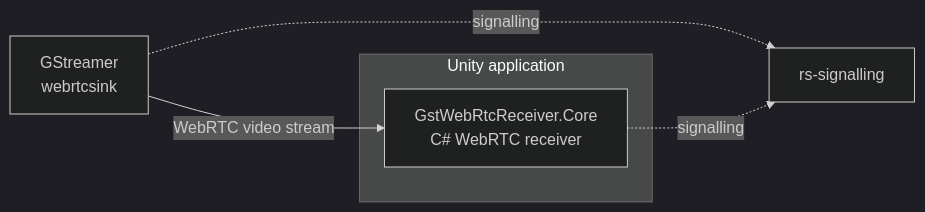
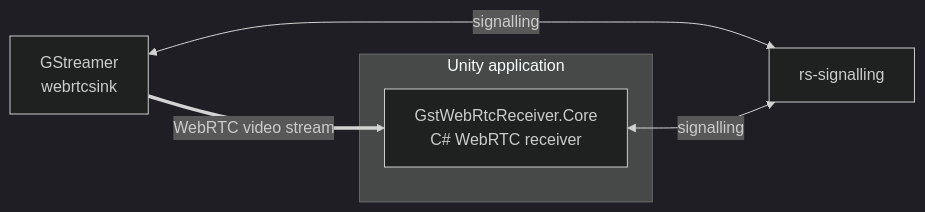
The diagram in README.md (acierra/gst-playground), drawn with Mermaid (dark theme) before and after one commit. The commit also changed other lines of this file, not shown here.

````diff
--- a/README.md
+++ b/README.md
@@ -29,14 +31,14 @@
 ```mermaid
 flowchart LR
     GST["GStreamer<br/>webrtcsink"]
     SIG["rs-signalling"]
 
     subgraph UNITY["Unity application"]
         CORE["GstWebRtcReceiver.Core<br/>C# WebRTC receiver"]
     end
 
-    GST -->|"WebRTC video stream"| CORE
+    GST ==>|"WebRTC video stream"| CORE
 
-    GST -. "signalling" .-> SIG
-    CORE -. "signalling" .-> SIG
+    GST <-->|"signalling"| SIG
+    CORE <-->|"signalling"| SIG
 ```
````
